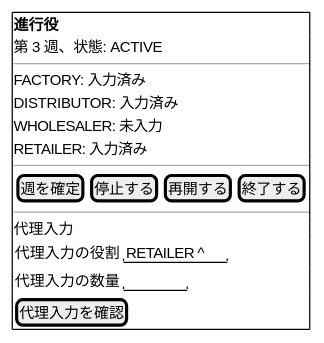
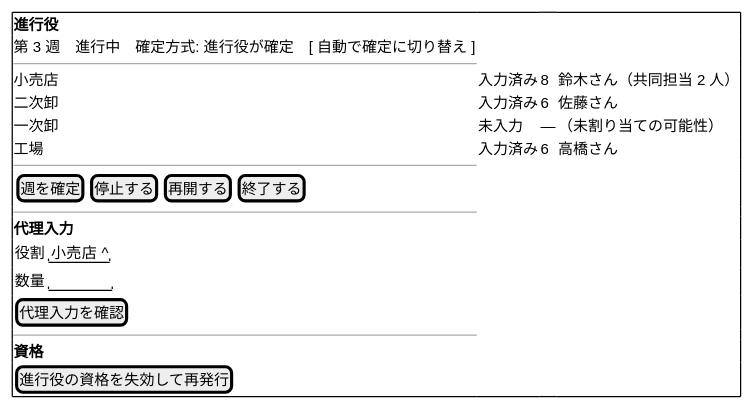
One commit to k2works/case-study-beer-game-simulation changed the sixth of 9 diagrams in docs/design/beer-game2/ui-design.md. Above: the diagram before and after it, drawn with PlantUML. The commit also changed other lines of this file and 5 other files, not shown here.

````diff
--- a/docs/design/beer-game2/ui-design.md
+++ b/docs/design/beer-game2/ui-design.md
@@ -203,20 +238,23 @@
 ```plantuml
 @startsalt
 {+
   <b>進行役
-  第 3 週、状態: ACTIVE
+  第 3 週　進行中　確定方式: 進行役が確定　[ 自動で確定に切り替え ]
   ---
-  FACTORY: 入力済み
-  DISTRIBUTOR: 入力済み
-  WHOLESALER: 未入力
-  RETAILER: 入力済み
+  小売店 | 入力済み | 8 | 鈴木さん（共同担当 2 人）
+  二次卸 | 入力済み | 6 | 佐藤さん
+  一次卸 | 未入力 | — | （未割り当ての可能性）
+  工場 | 入力済み | 6 | 高橋さん
   ---
   { [ 週を確定 ] | [ 停止する ] | [ 再開する ] | [ 終了する ] }
   ---
-  代理入力
-  { 代理入力の役割 | "RETAILER ^" }
-  { 代理入力の数量 | "      " }
+  <b>代理入力
+  { 役割 | "小売店 ^" }
+  { 数量 | "      " }
   [ 代理入力を確認 ]
+  ---
+  <b>資格
+  [ 進行役の資格を失効して再発行 ]
 }
 @endsalt
 ```
````
